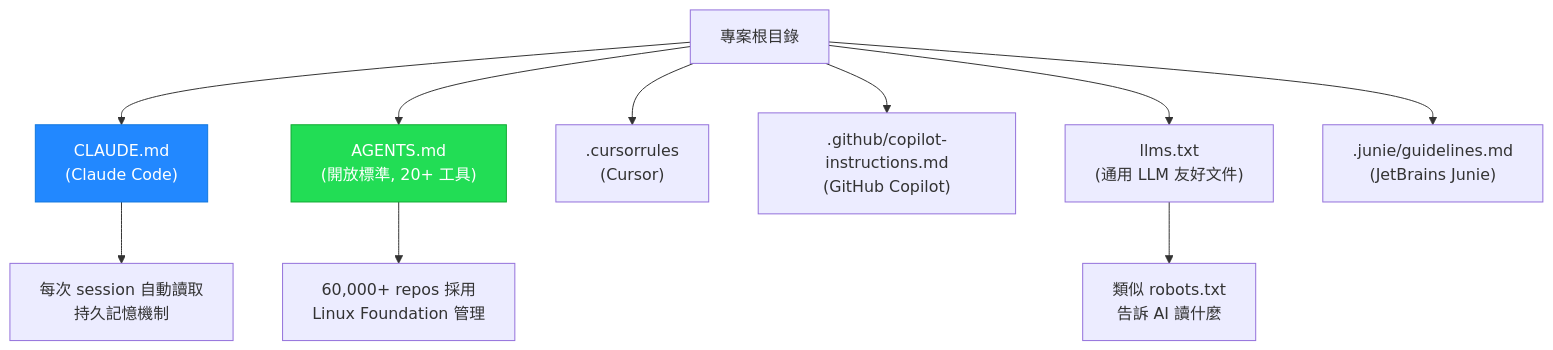
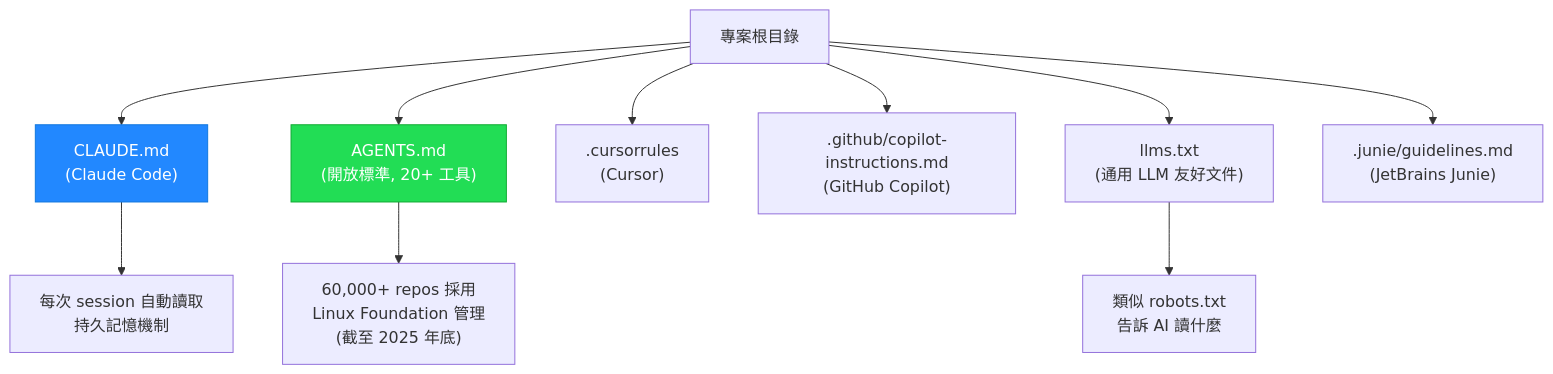
One commit to Muheng1992/symbiotic-engineering changed diagram 23 of 31 in docs/guides/ai-era-code-best-practices.md. Above: the diagram before and after it, drawn with Mermaid. The commit also changed other lines of this file, not shown here.

````diff
--- a/docs/guides/ai-era-code-best-practices.md
+++ b/docs/guides/ai-era-code-best-practices.md
@@ -969,16 +978,16 @@
 ```mermaid
 graph TB
     A[專案根目錄] --> B["CLAUDE.md<br/>(Claude Code)"]
     A --> C["AGENTS.md<br/>(開放標準, 20+ 工具)"]
     A --> D[".cursorrules<br/>(Cursor)"]
     A --> E[".github/copilot-instructions.md<br/>(GitHub Copilot)"]
     A --> F["llms.txt<br/>(通用 LLM 友好文件)"]
     A --> G[".junie/guidelines.md<br/>(JetBrains Junie)"]
 
     B --> H["每次 session 自動讀取<br/>持久記憶機制"]
-    C --> I["60,000+ repos 採用<br/>Linux Foundation 管理"]
+    C --> I["60,000+ repos 採用<br/>Linux Foundation 管理<br/>(截至 2025 年底)"]
     F --> J["類似 robots.txt<br/>告訴 AI 讀什麼"]
 
     style C fill:#2d5,stroke:#1a3,color:#fff
     style B fill:#28f,stroke:#17d,color:#fff
 ```
````
